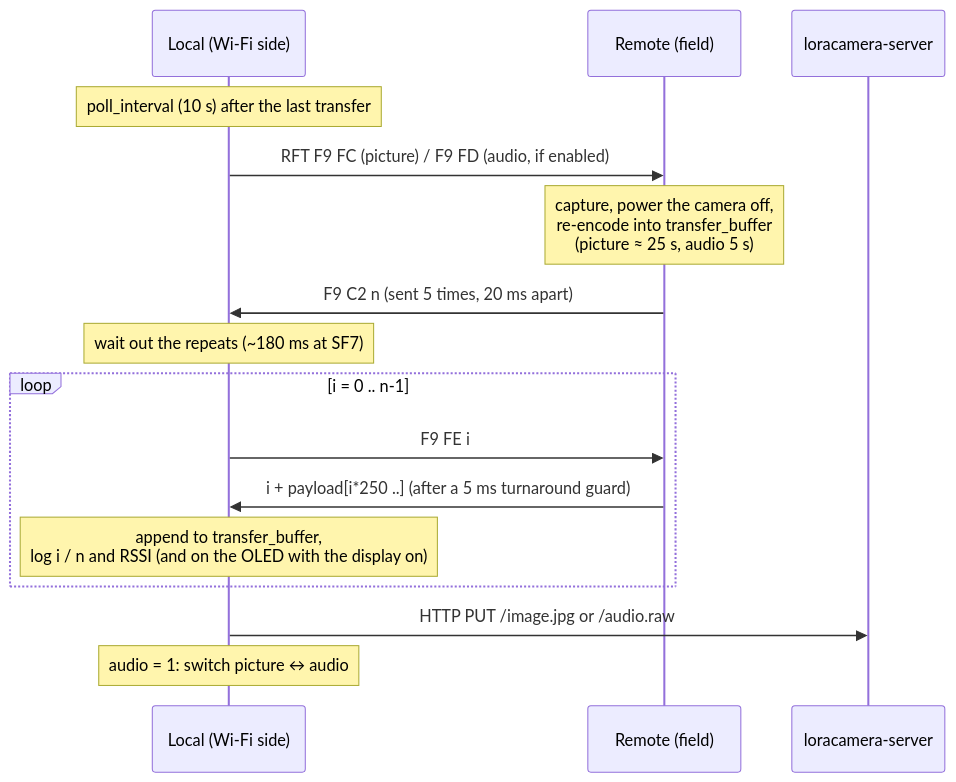
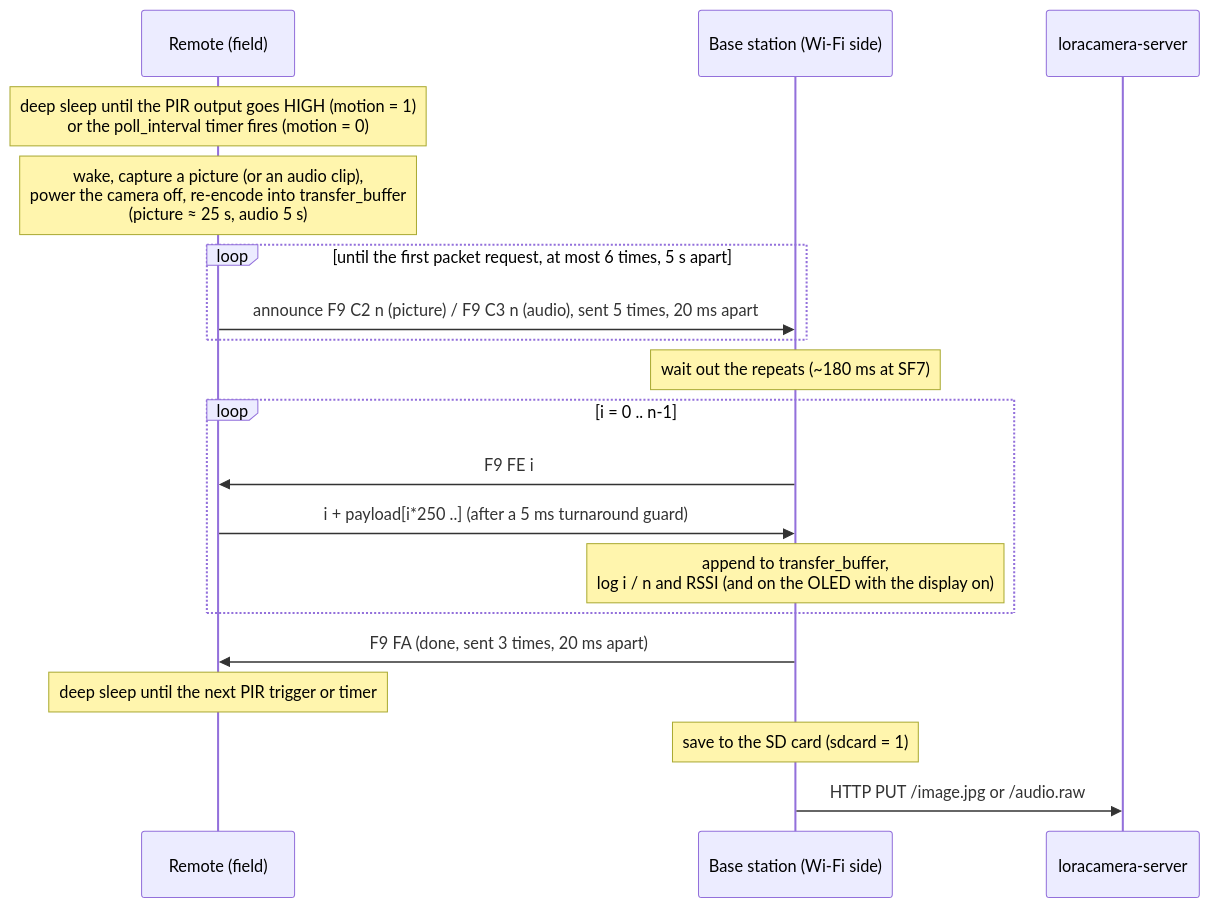
One commit to gfnord/loracamera changed the diagram in docs/protocol.md. Above: the diagram before and after it, drawn with Mermaid. The commit also changed other lines of this file and 13 other files, not shown here.

````diff
--- a/docs/protocol.md
+++ b/docs/protocol.md
@@ -21,18 +27,21 @@
 ```mermaid
 sequenceDiagram
-    participant L as Local (Wi-Fi side)
     participant R as Remote (field)
+    participant L as Base station (Wi-Fi side)
     participant S as loracamera-server
-    Note over L: poll_interval (10 s) after the last transfer
-    L->>R: RFT F9 FC (picture) / F9 FD (audio, if enabled)
-    Note over R: capture, power the camera off,<br/>re-encode into transfer_buffer<br/>(picture ≈ 25 s, audio 5 s)
-    R->>L: F9 C2 n (sent 5 times, 20 ms apart)
+    Note over R: deep sleep until the PIR output goes HIGH (motion = 1)<br/>or the poll_interval timer fires (motion = 0)
+    Note over R: wake, capture a picture (or an audio clip),<br/>power the camera off, re-encode into transfer_buffer<br/>(picture ≈ 25 s, audio 5 s)
+    loop until the first packet request, at most 6 times, 5 s apart
+        R->>L: announce F9 C2 n (picture) / F9 C3 n (audio), sent 5 times, 20 ms apart
+    end
     Note over L: wait out the repeats (~180 ms at SF7)
     loop i = 0 .. n-1
         L->>R: F9 FE i
         R->>L: i + payload[i*250 ..] (after a 5 ms turnaround guard)
         Note over L: append to transfer_buffer,<br/>log i / n and RSSI (and on the OLED with the display on)
     end
+    L->>R: F9 FA (done, sent 3 times, 20 ms apart)
+    Note over R: deep sleep until the next PIR trigger or timer
+    Note over L: save to the SD card (sdcard = 1)
     L->>S: HTTP PUT /image.jpg or /audio.raw
-    Note over L: audio = 1: switch picture ↔ audio
 ```
````
